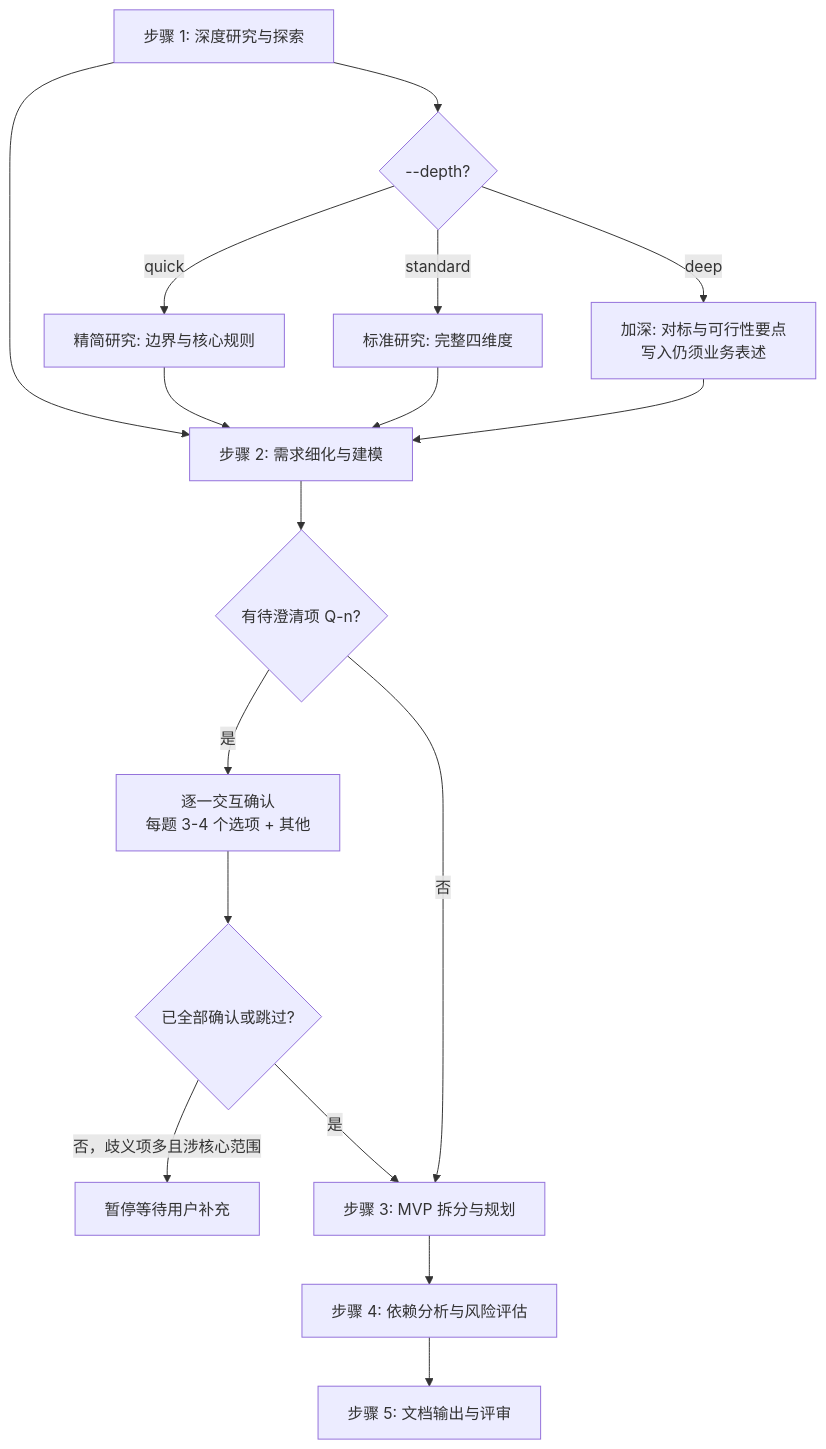
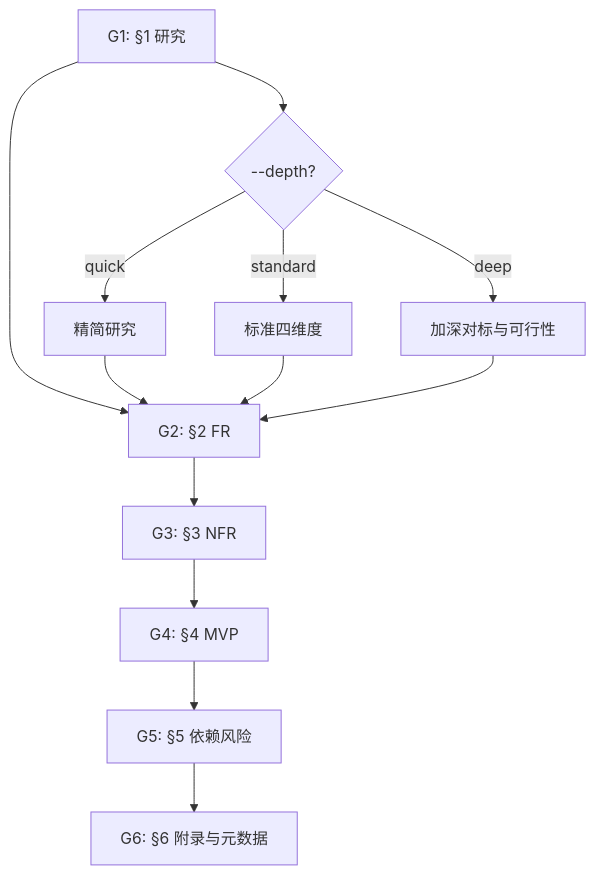
Before and after one commit to oleewen/ai-knowledge: the diagram in .agent/skills/sdx-analysis/reference/workflow-spec.md, drawn with Mermaid. The commit also changed other lines of this file and 21 other files, not shown here.

````diff
--- a/.agent/skills/sdx-analysis/reference/workflow-spec.md
+++ b/.agent/skills/sdx-analysis/reference/workflow-spec.md
@@ -11,22 +315,17 @@
 ```mermaid
 graph TD
-    S1[步骤 1: 深度研究与探索] --> S2[步骤 2: 需求细化与建模]
-    S2 --> Q{有待澄清项 Q-n?}
-    Q -->|是| CQ[逐一交互确认\n每题 3-4 个选项 + 其他]
-    CQ --> QR{已全部确认或跳过?}
-    QR -->|否，歧义项多且涉核心范围| PAUSE[暂停等待用户补充]
-    QR -->|是| S3[步骤 3: MVP 拆分与规划]
-    Q -->|否| S3
+    G1[G1: §1 研究] --> G2[G2: §2 FR]
+    G2 --> G3[G3: §3 NFR]
+    G3 --> G4[G4: §4 MVP]
+    G4 --> G5[G5: §5 依赖风险]
+    G5 --> G6[G6: §6 附录与元数据]
 
-    S3 --> S4[步骤 4: 依赖分析与风险评估]
-    S4 --> S5[步骤 5: 文档输出与评审]
+    G1 --> D{--depth?}
+    D -->|quick| G1Q[精简研究]
+    D -->|standard| G1S[标准四维度]
+    D -->|deep| G1D[加深对标与可行性]
 
-    S1 --> D{--depth?}
-    D -->|quick| S1Q[精简研究: 边界与核心规则]
-    D -->|standard| S1S[标准研究: 完整四维度]
-    D -->|deep| S1D[加深: 对标与可行性要点\n写入仍须业务表述]
-
-    S1Q --> S2
-    S1S --> S2
-    S1D --> S2
+    G1Q --> G2
+    G1S --> G2
+    G1D --> G2
 ```
````
